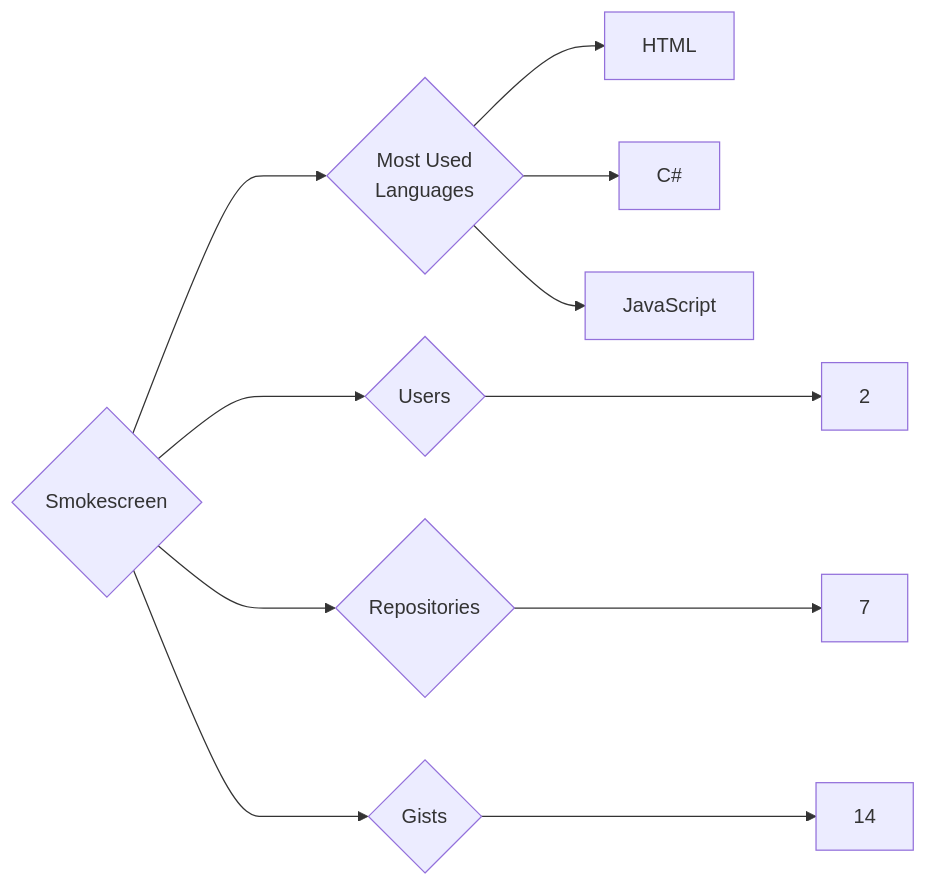
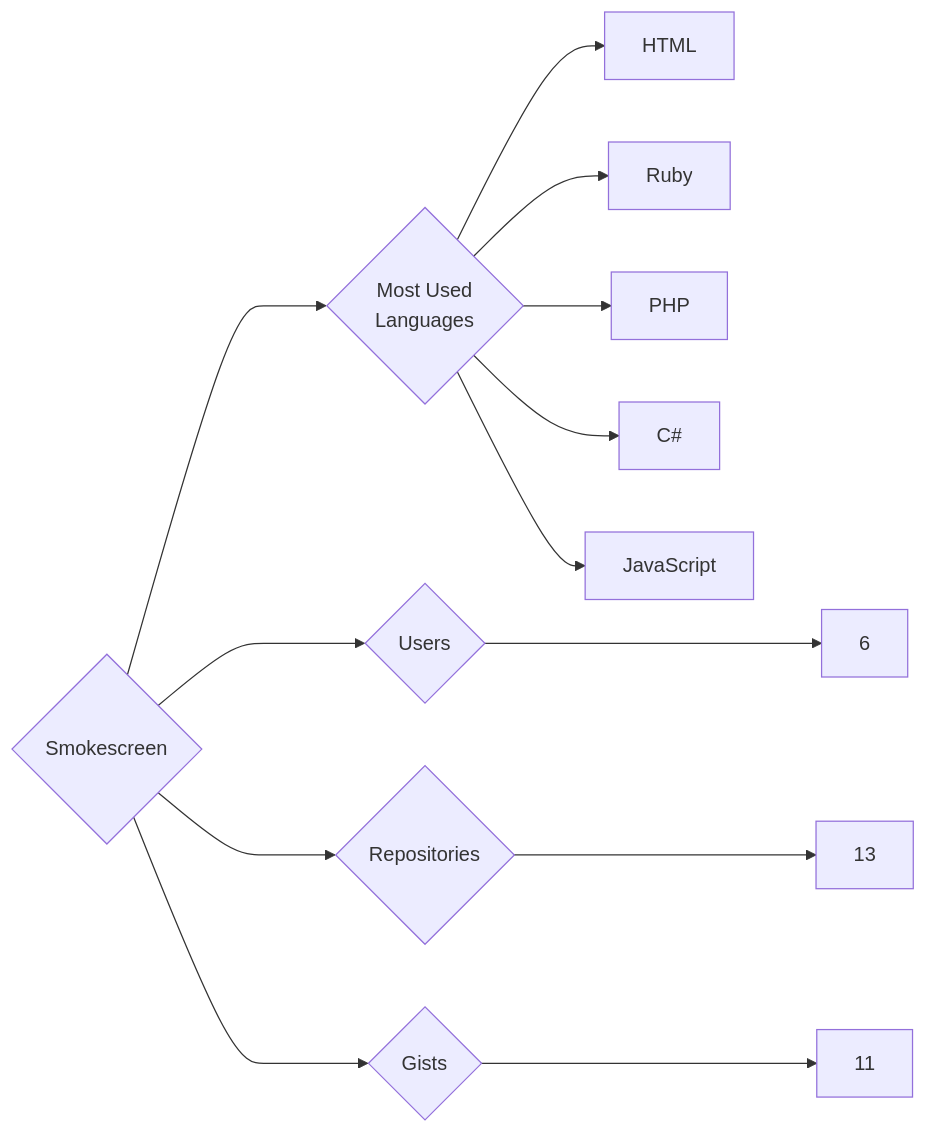
One commit to trickest/insiders changed the diagram in targets/Smokescreen/README.md. Above: the diagram before and after it, drawn with Mermaid. The commit also changed 851 other files, not shown here.

````diff
--- a/targets/Smokescreen/README.md
+++ b/targets/Smokescreen/README.md
@@ -3,11 +3,13 @@
 ```mermaid
 graph LR
 COMPANY_NAME{Smokescreen}
-COMPANY_NAME ---> U{Users} ---> UN[2]
-COMPANY_NAME ---> R{Repositories} ---> RN[7]
-COMPANY_NAME ---> G{Gists} ---> GN[14]
+COMPANY_NAME ---> U{Users} ---> UN[6]
+COMPANY_NAME ---> R{Repositories} ---> RN[13]
+COMPANY_NAME ---> G{Gists} ---> GN[11]
 COMPANY_NAME ---> ML{Most Used<br>Languages}
 ML --> HTML[HTML]
+ML --> Ruby[Ruby]
+ML --> PHP[PHP]
 ML --> C#[C#]
 ML --> JavaScript[JavaScript]
 ```
````
